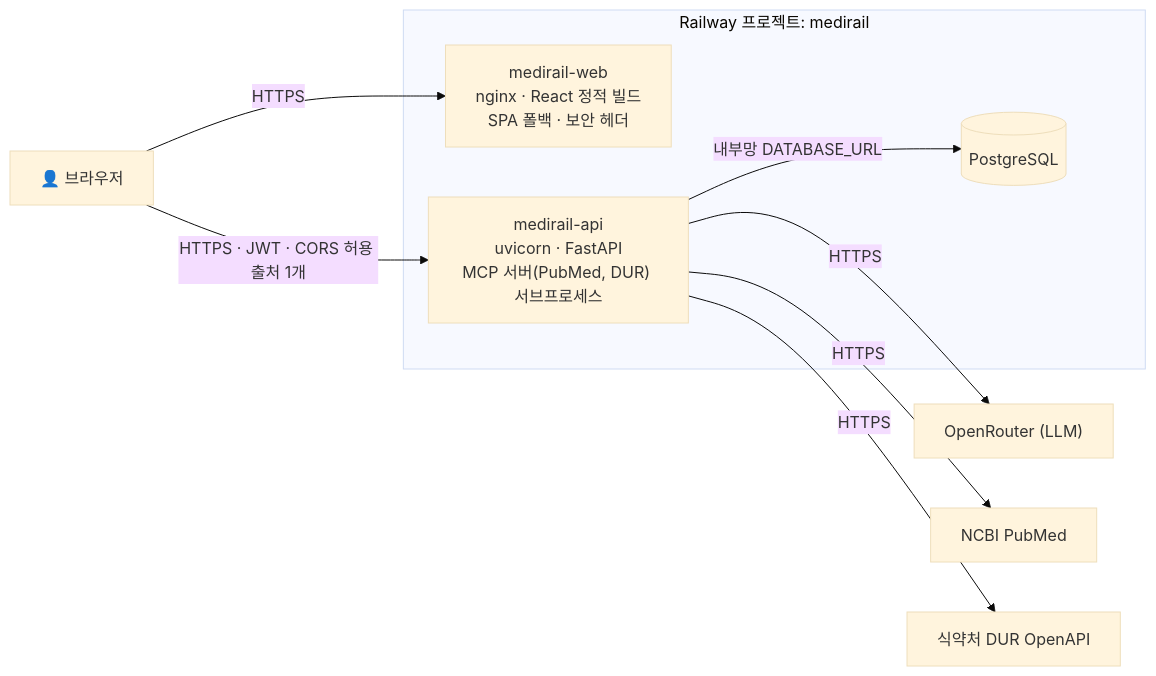
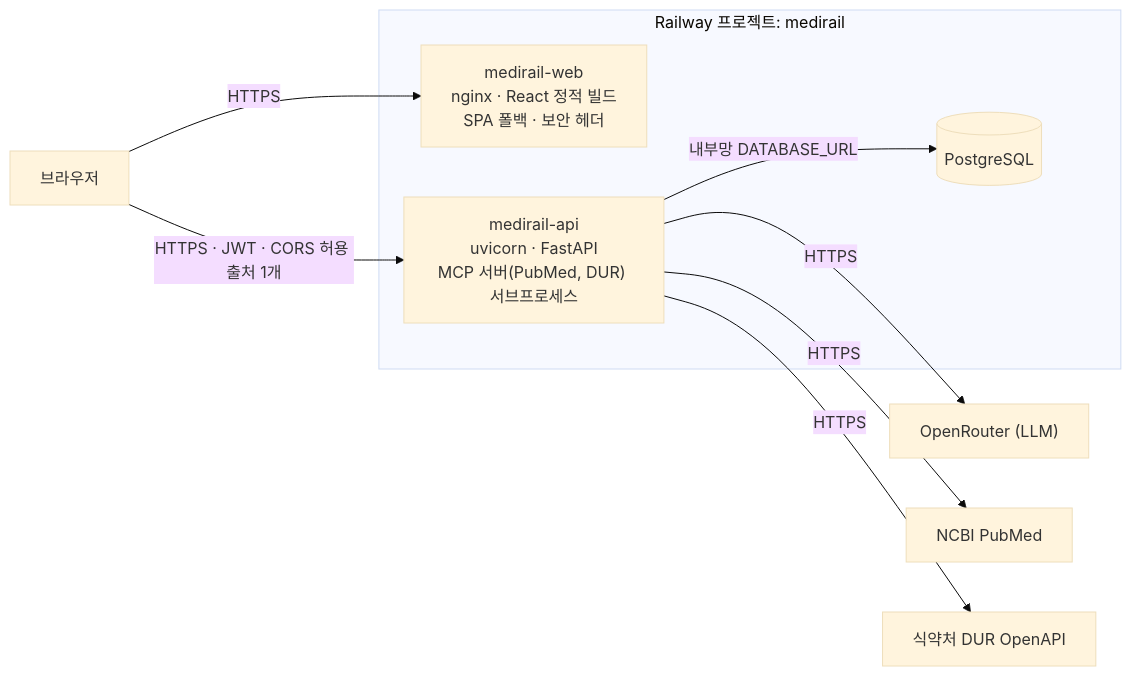
One commit to minhahamin/mediRail changed the sixth of 6 diagrams in README.md. Above: the diagram before and after it, drawn with Mermaid (base theme). The commit also changed other lines of this file and 5 other files, not shown here.

````diff
--- a/README.md
+++ b/README.md
@@ -522,14 +524,14 @@
 ```mermaid
 flowchart LR
-    U["👤 브라우저"] -->|HTTPS| W["medirail-web<br/>nginx · React 정적 빌드<br/>SPA 폴백 · 보안 헤더"]
+    U["브라우저"] -->|HTTPS| W["medirail-web<br/>nginx · React 정적 빌드<br/>SPA 폴백 · 보안 헤더"]
     U -->|HTTPS · JWT · CORS 허용 출처 1개| A
     subgraph R["Railway 프로젝트: medirail"]
         W
         A["medirail-api<br/>uvicorn · FastAPI<br/>MCP 서버(PubMed, DUR) 서브프로세스"]
         PG[("PostgreSQL")]
     end
     A -->|내부망 DATABASE_URL| PG
     A -->|HTTPS| OR["OpenRouter (LLM)"]
     A -->|HTTPS| NCBI["NCBI PubMed"]
     A -->|HTTPS| MFDS["식약처 DUR OpenAPI"]
 ```
````
